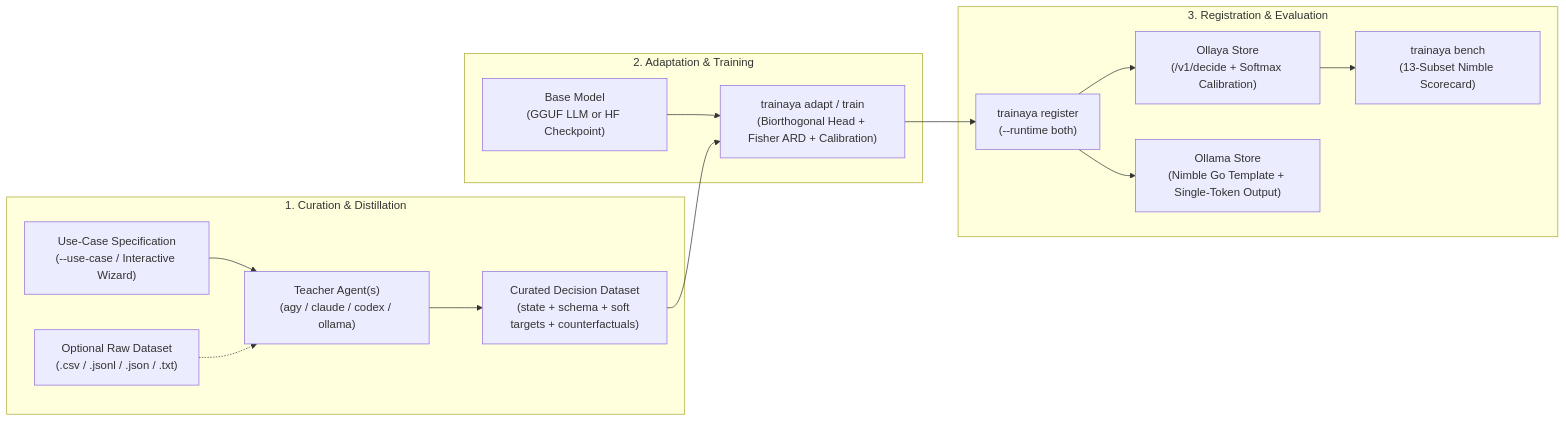
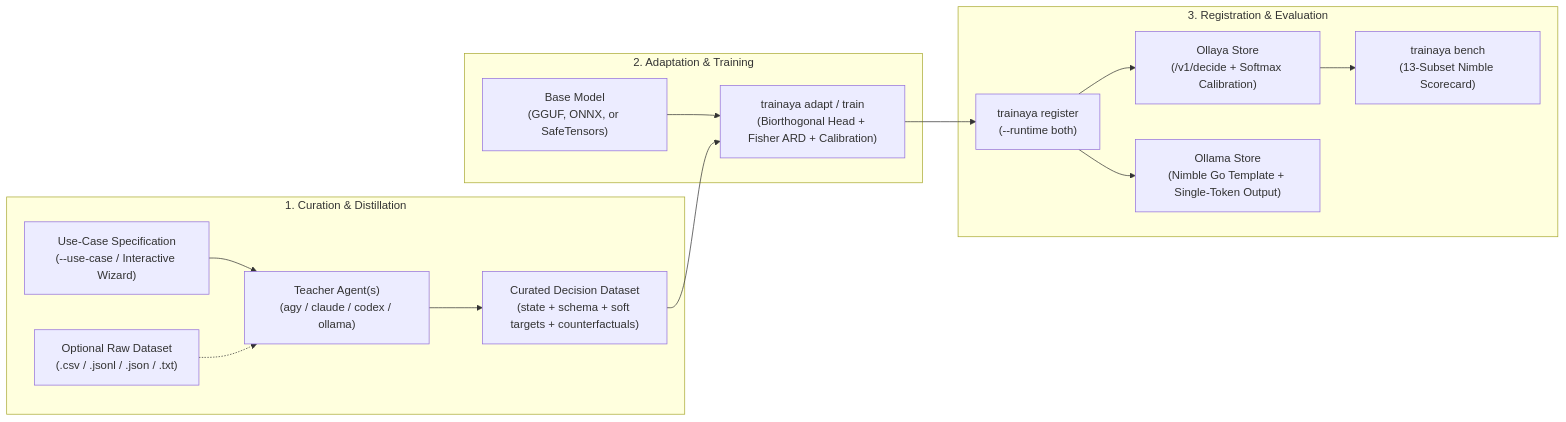
Before and after one commit to solarpush/trainaya: the diagram in README.md, drawn with Mermaid. The commit also changed other lines of this file and 19 other files, not shown here.

````diff
--- a/README.md
+++ b/README.md
@@ -31,30 +31,30 @@
 ```mermaid
 flowchart LR
     subgraph Curation ["1. Curation & Distillation"]
         UC["Use-Case Specification\n(--use-case / Interactive Wizard)"]
         RAW["Optional Raw Dataset\n(.csv / .jsonl / .json / .txt)"]
         TEACH["Teacher Agent(s)\n(agy / claude / codex / ollama)"]
         DATA["Curated Decision Dataset\n(state + schema + soft targets + counterfactuals)"]
         UC --> TEACH
         RAW -.-> TEACH
         TEACH --> DATA
     end
 
     subgraph Adaptation ["2. Adaptation & Training"]
-        BASE["Base Model\n(GGUF LLM or HF Checkpoint)"]
+        BASE["Base Model\n(GGUF, ONNX, or SafeTensors)"]
         ADAPT["trainaya adapt / train\n(Biorthogonal Head + Fisher ARD + Calibration)"]
         BASE --> ADAPT
         DATA --> ADAPT
     end
 
     subgraph Deployment ["3. Registration & Evaluation"]
         REG["trainaya register\n(--runtime both)"]
         OLLAYA["Ollaya Store\n(/v1/decide + Softmax Calibration)"]
         OLLAMA["Ollama Store\n(Nimble Go Template + Single-Token Output)"]
         BENCH["trainaya bench\n(13-Subset Nimble Scorecard)"]
         ADAPT --> REG
         REG --> OLLAYA
         REG --> OLLAMA
         OLLAYA --> BENCH
     end
 ```
````
